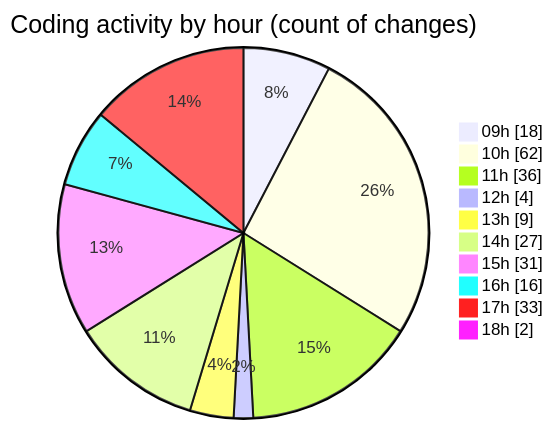
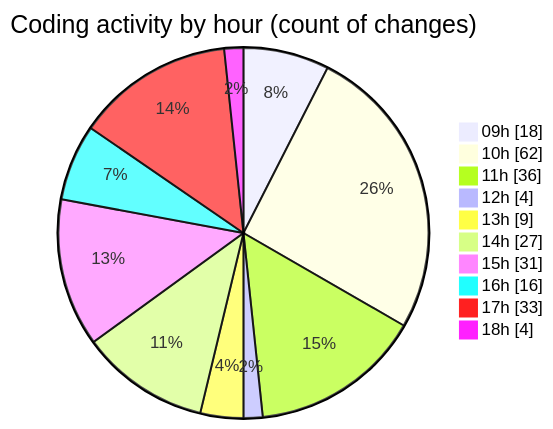
The second of 2 diagrams in 2025-07-01/cda/README.md (momahboobian/code-tracking), drawn with Mermaid before and after one commit. The commit also changed other lines of this file and 1 other file, not shown here.

````diff
--- a/2025-07-01/cda/README.md
+++ b/2025-07-01/cda/README.md
@@ -53,14 +53,14 @@
 ```mermaid
 pie showData
 title Coding activity by hour (count of changes)
 "09h" : 18
 "10h" : 62
 "11h" : 36
 "12h" : 4
 "13h" : 9
 "14h" : 27
 "15h" : 31
 "16h" : 16
 "17h" : 33
-"18h" : 2
+"18h" : 4
 ```
````
